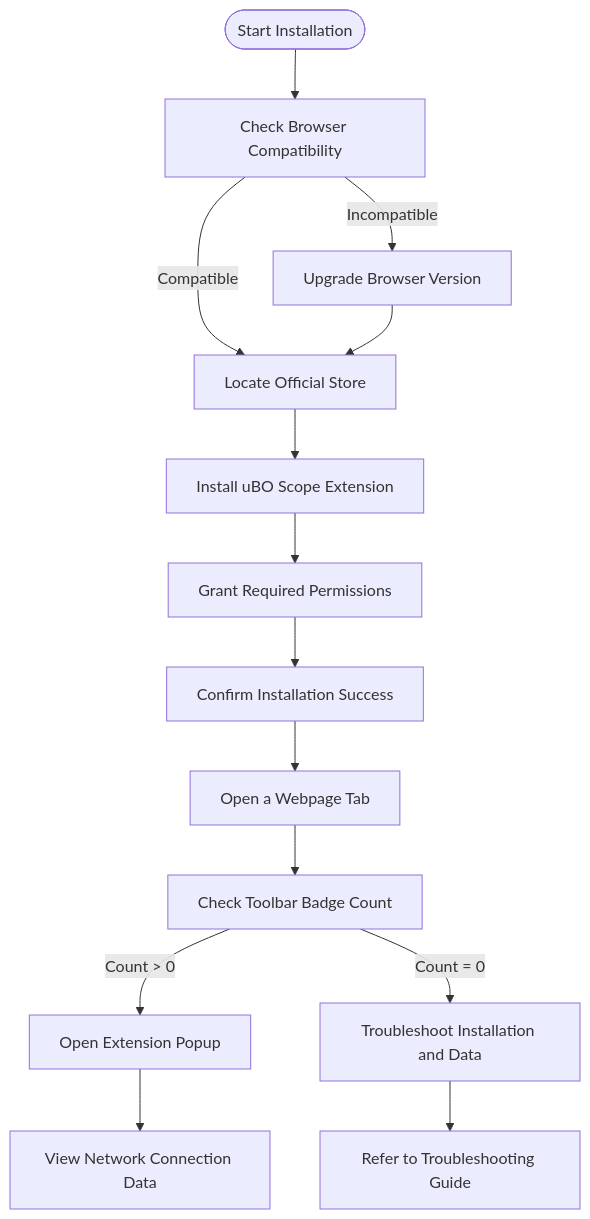
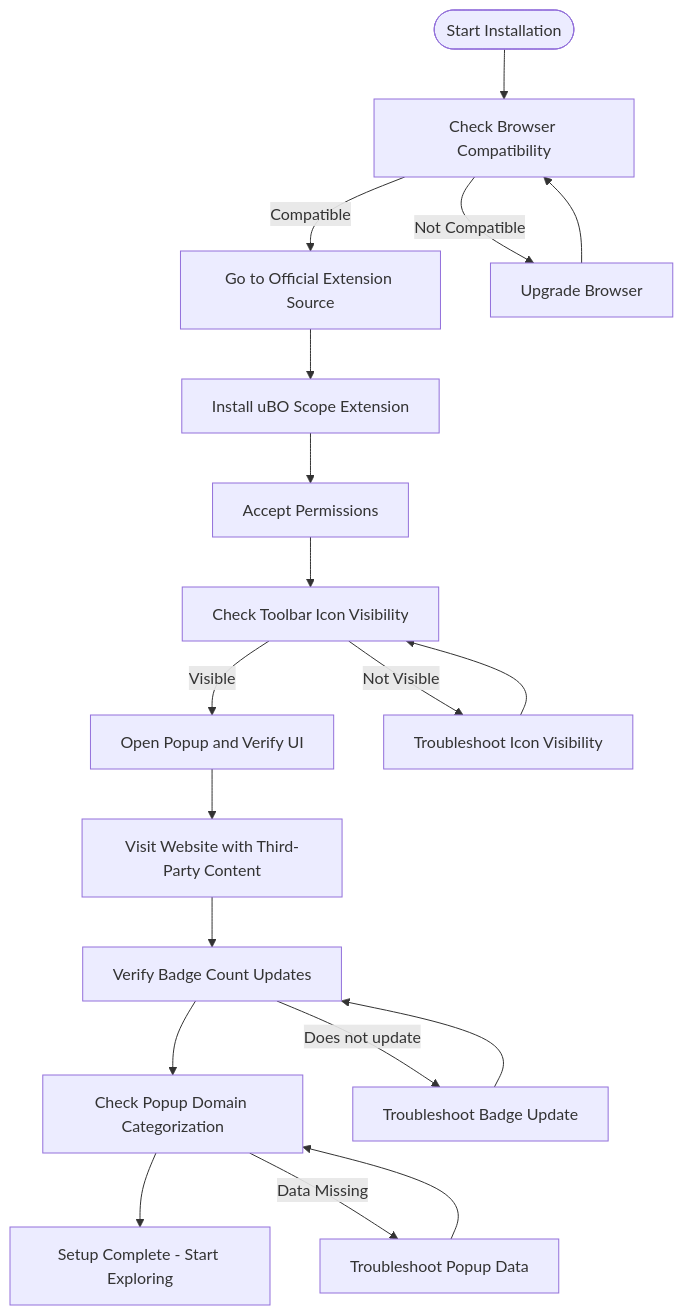
One commit to clidey/docucod-public-project-adf15a81-508f-4f0d-9083-12549e1f66a0 changed the diagram in guides/getting-started/install-and-setup.mdx. Above: the diagram before and after it, drawn with Mermaid. The commit also changed other lines of this file and 18 other files, not shown here.

````diff
--- a/guides/getting-started/install-and-setup.mdx
+++ b/guides/getting-started/install-and-setup.mdx
@@ -160,16 +201,27 @@
 ```mermaid
 flowchart TD
+
   Start([Start Installation]) --> CheckBrowser["Check Browser Compatibility"]
-  CheckBrowser -->|Compatible| LocateStore["Locate Official Store"]
-  CheckBrowser -->|Incompatible| UpgradeBrowser["Upgrade Browser Version"]
-  LocateStore --> InstallExt["Install uBO Scope Extension"]
-  InstallExt --> GrantPerm["Grant Required Permissions"]
-  GrantPerm --> ConfirmInstall["Confirm Installation Success"]
-  ConfirmInstall --> OpenTab["Open a Webpage Tab"]
-  OpenTab --> CheckBadge["Check Toolbar Badge Count"]
-  CheckBadge -->|Count > 0| OpenPopup["Open Extension Popup"]
-  OpenPopup --> SeeData["View Network Connection Data"]
-  CheckBadge -->|Count = 0| Troubleshoot["Troubleshoot Installation and Data"]
-  Troubleshoot --> Support["Refer to Troubleshooting Guide"]
-  UpgradeBrowser --> LocateStore
+  CheckBrowser -->|Compatible| ChooseSource["Go to Official Extension Source"]
+  CheckBrowser -->|Not Compatible| UpgradeBrowser["Upgrade Browser"]
+  UpgradeBrowser --> CheckBrowser
+
+  ChooseSource --> Install["Install uBO Scope Extension"]
+  Install --> Permissions["Accept Permissions"]
+  Permissions --> ToolbarIcon["Check Toolbar Icon Visibility"]
+  ToolbarIcon -->|Visible| OpenPopup["Open Popup and Verify UI"]
+  ToolbarIcon -->|Not Visible| TroubleshootIcon["Troubleshoot Icon Visibility"]
+  TroubleshootIcon --> ToolbarIcon
+
+  OpenPopup --> BrowseSite["Visit Website with Third-Party Content"]
+  BrowseSite --> BadgeCheck["Verify Badge Count Updates"]
+  BadgeCheck --> PopupCheck["Check Popup Domain Categorization"]
+  PopupCheck --> Finished["Setup Complete - Start Exploring"]
+
+  BadgeCheck -->|Does not update| TroubleshootBadge["Troubleshoot Badge Update"]
+  TroubleshootBadge --> BadgeCheck
+
+  PopupCheck -->|Data Missing| TroubleshootPopup["Troubleshoot Popup Data"]
+  TroubleshootPopup --> PopupCheck
+
 ```
````
